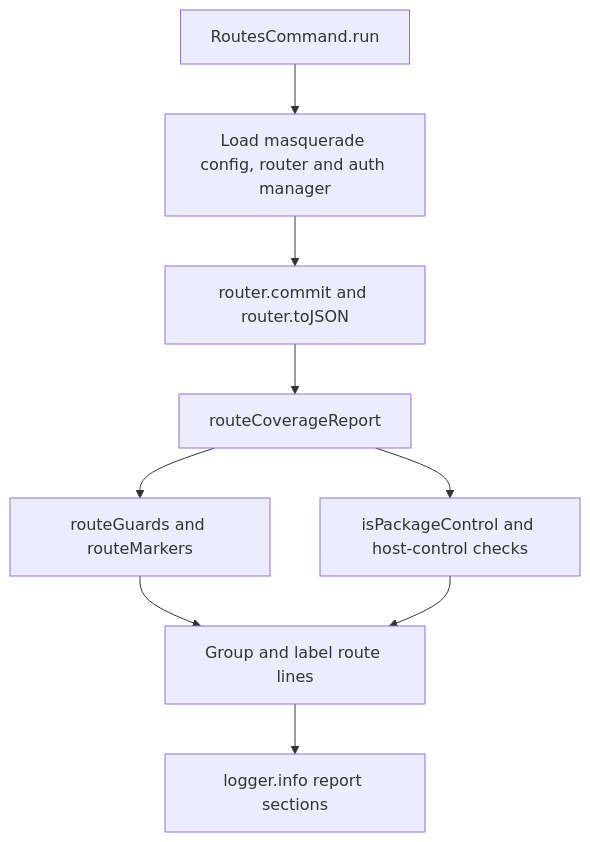
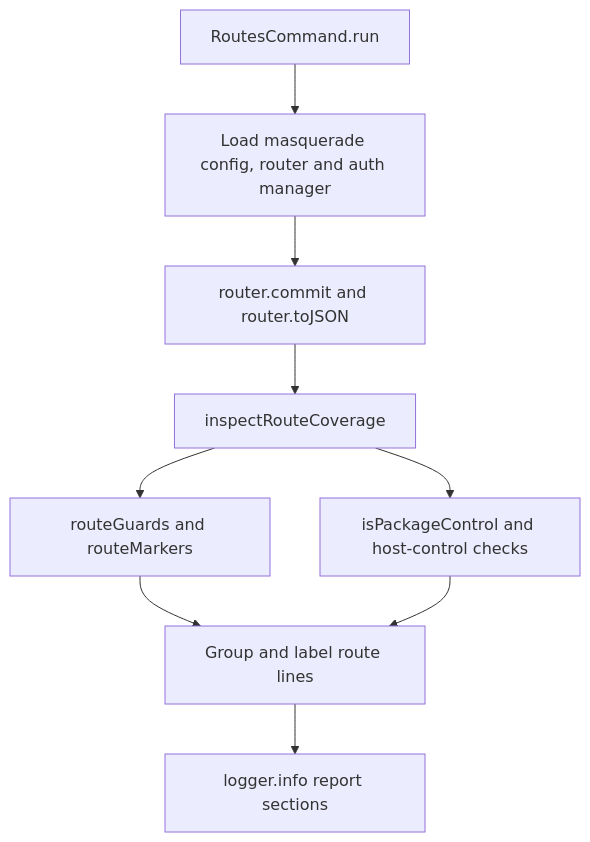
One commit to Kevinjohn/oss-adonisjs-masquerade changed the second of 2 diagrams in user-stories/review-routes/us-ops-02-review-routes.md. Above: the diagram before and after it, drawn with Mermaid. The commit also changed other lines of this file and 55 other files, not shown here.

````diff
--- a/user-stories/review-routes/us-ops-02-review-routes.md
+++ b/user-stories/review-routes/us-ops-02-review-routes.md
@@ -33,11 +33,11 @@
 ```mermaid
 flowchart TD
     A["RoutesCommand.run"] --> B["Load masquerade config, router and auth manager"]
     B --> C["router.commit and router.toJSON"]
-    C --> D["routeCoverageReport"]
+    C --> D["inspectRouteCoverage"]
     D --> E["routeGuards and routeMarkers"]
     D --> F["isPackageControl and host-control checks"]
     E --> G["Group and label route lines"]
     F --> G
     G --> H["logger.info report sections"]
 ```
````
